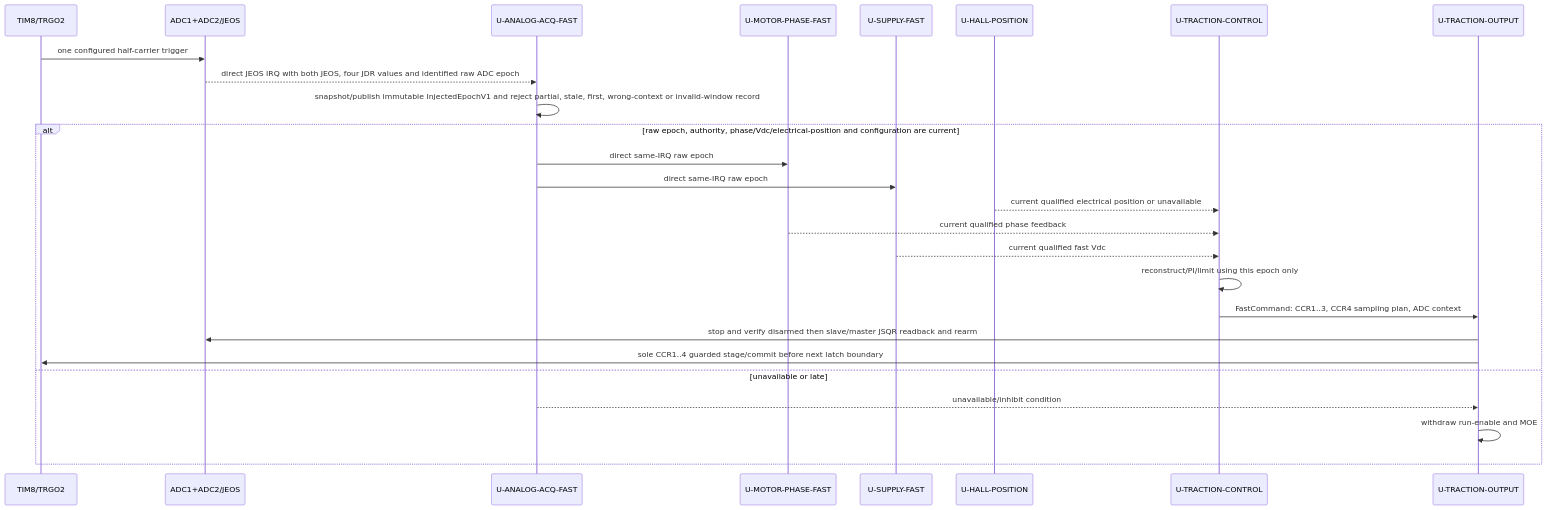
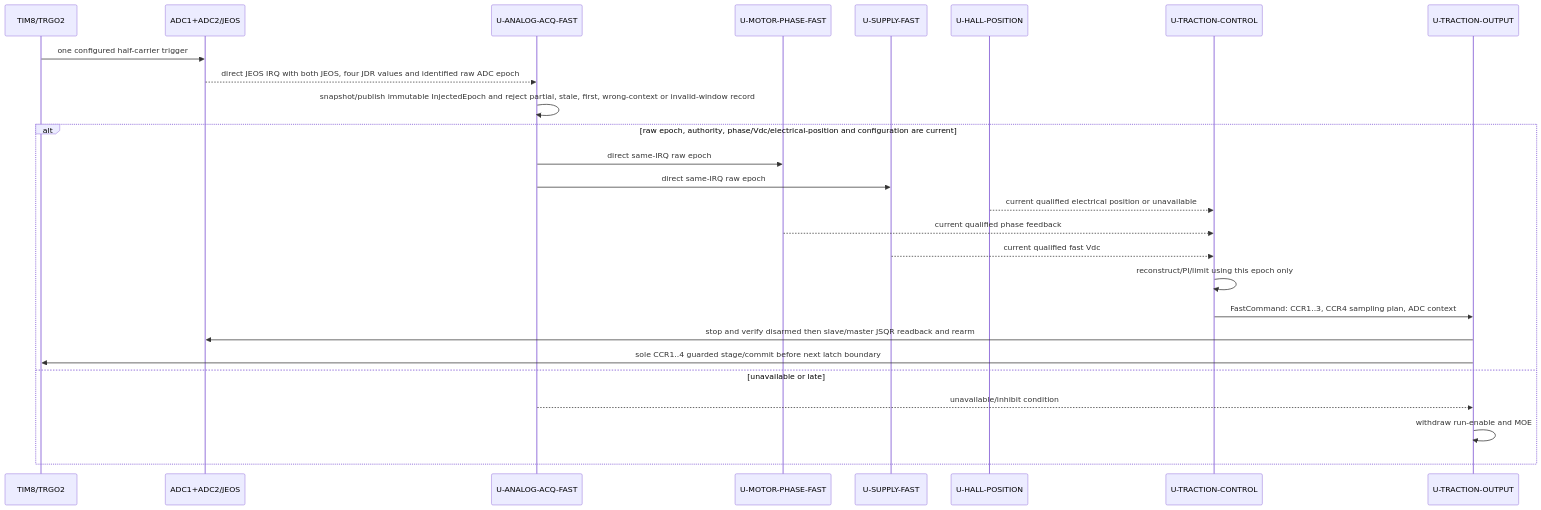
Before and after one commit to dhellhake/X2CityMCU: the second of 7 diagrams in .devenv/Architecture/SoftwareArchitecture/DetailedDesign/DD-004_Dynamic_Software_Architecture_Views.md, drawn with Mermaid. The commit also changed 40 other files, not shown here.

````diff
--- a/.devenv/Architecture/SoftwareArchitecture/DetailedDesign/DD-004_Dynamic_Software_Architecture_Views.md
+++ b/.devenv/Architecture/SoftwareArchitecture/DetailedDesign/DD-004_Dynamic_Software_Architecture_Views.md
@@ -67,28 +67,28 @@
 ```mermaid
 sequenceDiagram
     participant T8 as TIM8/TRGO2
     participant A as ADC1+ADC2/JEOS
     participant Q as U-ANALOG-ACQ-FAST
     participant P as U-MOTOR-PHASE-FAST
     participant V as U-SUPPLY-FAST
     participant H as U-HALL-POSITION
     participant C as U-TRACTION-CONTROL
     participant O as U-TRACTION-OUTPUT
     T8->>A: one configured half-carrier trigger
     A-->>Q: direct JEOS IRQ with both JEOS, four JDR values and identified raw ADC epoch
-    Q->>Q: snapshot/publish immutable InjectedEpochV1 and reject partial, stale, first, wrong-context or invalid-window record
+    Q->>Q: snapshot/publish immutable InjectedEpoch and reject partial, stale, first, wrong-context or invalid-window record
     alt raw epoch, authority, phase/Vdc/electrical-position and configuration are current
         Q->>P: direct same-IRQ raw epoch
         Q->>V: direct same-IRQ raw epoch
         H-->>C: current qualified electrical position or unavailable
         P-->>C: current qualified phase feedback
         V-->>C: current qualified fast Vdc
         C->>C: reconstruct/PI/limit using this epoch only
         C->>O: FastCommand: CCR1..3, CCR4 sampling plan, ADC context
         O->>A: stop and verify disarmed then slave/master JSQR readback and rearm
         O->>T8: sole CCR1..4 guarded stage/commit before next latch boundary
     else unavailable or late
         Q-->>O: unavailable/inhibit condition
         O->>O: withdraw run-enable and MOE
     end
 ```
````
